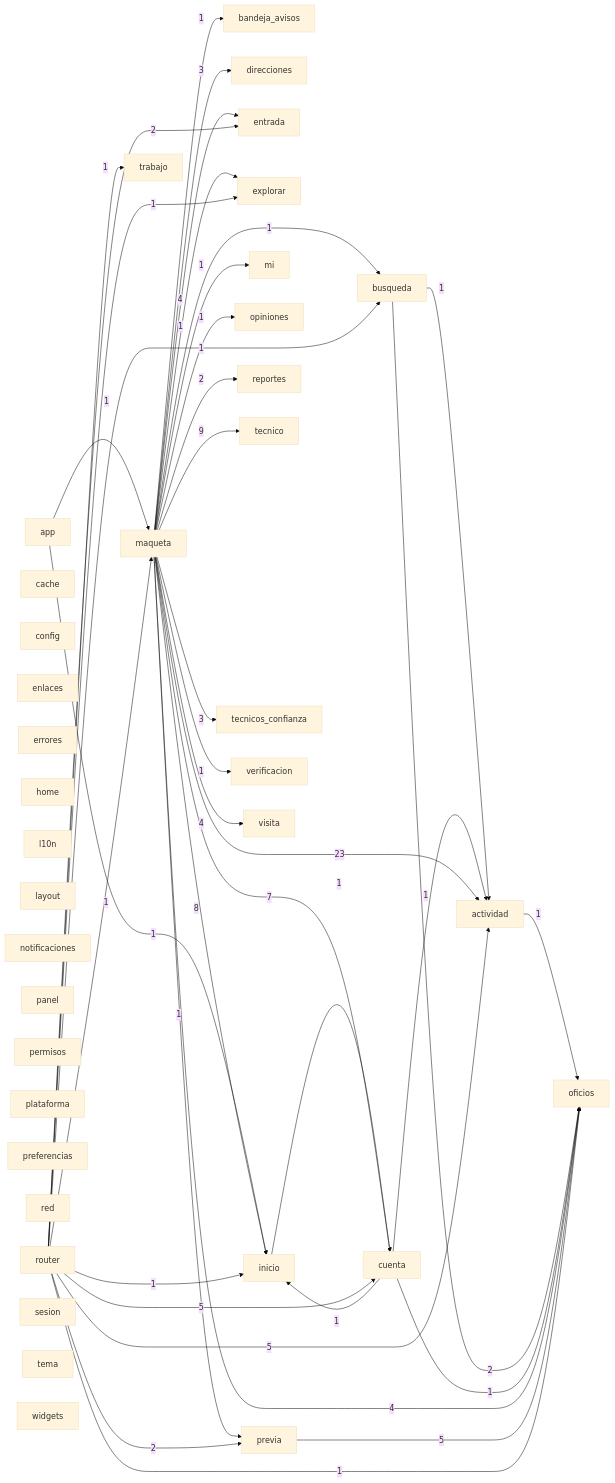
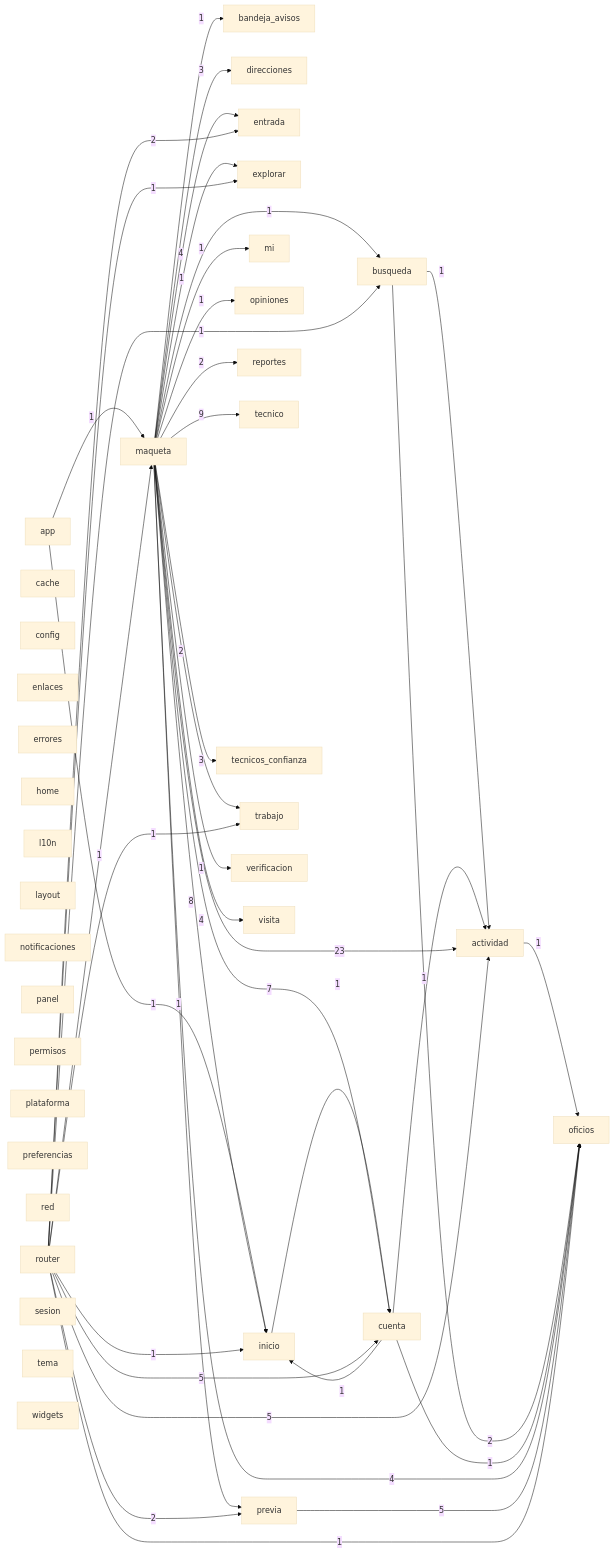
Before and after one commit to Tensei-Devs/knock-frontend: the diagram in docs/architecture/modules.mmd, drawn with Mermaid (base theme). The commit also changed 26 other files, not shown here.

```diff
--- a/docs/architecture/modules.mmd
+++ b/docs/architecture/modules.mmd
@@ -1,75 +1,76 @@
 graph LR
   actividad["actividad"]
   app["app"]
   bandeja_avisos["bandeja_avisos"]
   busqueda["busqueda"]
   cache["cache"]
   config["config"]
   cuenta["cuenta"]
   direcciones["direcciones"]
   enlaces["enlaces"]
   entrada["entrada"]
   errores["errores"]
   explorar["explorar"]
   home["home"]
   inicio["inicio"]
   l10n["l10n"]
   layout["layout"]
   maqueta["maqueta"]
   mi["mi"]
   notificaciones["notificaciones"]
   oficios["oficios"]
   opiniones["opiniones"]
   panel["panel"]
   permisos["permisos"]
   plataforma["plataforma"]
   preferencias["preferencias"]
   previa["previa"]
   red["red"]
   reportes["reportes"]
   router["router"]
   sesion["sesion"]
   tecnico["tecnico"]
   tecnicos_confianza["tecnicos_confianza"]
   tema["tema"]
   trabajo["trabajo"]
   verificacion["verificacion"]
   visita["visita"]
   widgets["widgets"]
   actividad -->|1| oficios
   app -->|1| inicio
   app -->|1| maqueta
   busqueda -->|1| actividad
   busqueda -->|2| oficios
   cuenta -->|1| actividad
   cuenta -->|1| inicio
   cuenta -->|1| oficios
   inicio -->|1| cuenta
   maqueta -->|23| actividad
   maqueta -->|1| bandeja_avisos
   maqueta -->|1| busqueda
   maqueta -->|7| cuenta
   maqueta -->|3| direcciones
   maqueta -->|4| entrada
   maqueta -->|1| explorar
   maqueta -->|8| inicio
   maqueta -->|1| mi
   maqueta -->|4| oficios
   maqueta -->|1| opiniones
   maqueta -->|1| previa
   maqueta -->|2| reportes
   maqueta -->|9| tecnico
   maqueta -->|3| tecnicos_confianza
+  maqueta -->|2| trabajo
   maqueta -->|1| verificacion
   maqueta -->|4| visita
   previa -->|5| oficios
   router -->|5| actividad
   router -->|1| busqueda
   router -->|5| cuenta
   router -->|2| entrada
   router -->|1| explorar
   router -->|1| inicio
   router -->|1| maqueta
   router -->|1| oficios
   router -->|2| previa
   router -->|1| trabajo
```
